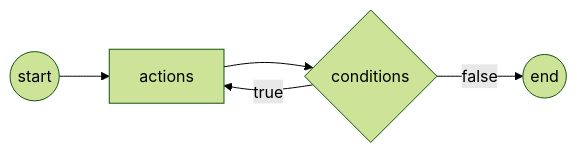
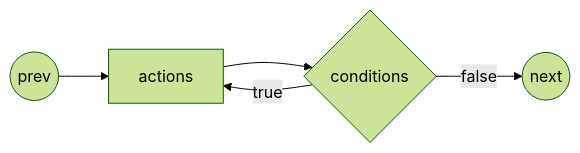
Before and after one commit to ufidon/c: the second of 3 diagrams in mod3/procontrol.md, drawn with Mermaid (forest theme). The commit also changed other lines of this file and 3 other files, not shown here.

````diff
--- a/mod3/procontrol.md
+++ b/mod3/procontrol.md
@@ -298,9 +298,9 @@
 ```mermaid
 flowchart LR
-  s((start))
+  s((prev))
   s-->a[actions]
   a-->c{conditions}
   c-->|true|a
   c-->|false|e
-  e((end))
+  e((next))
 ```
````
